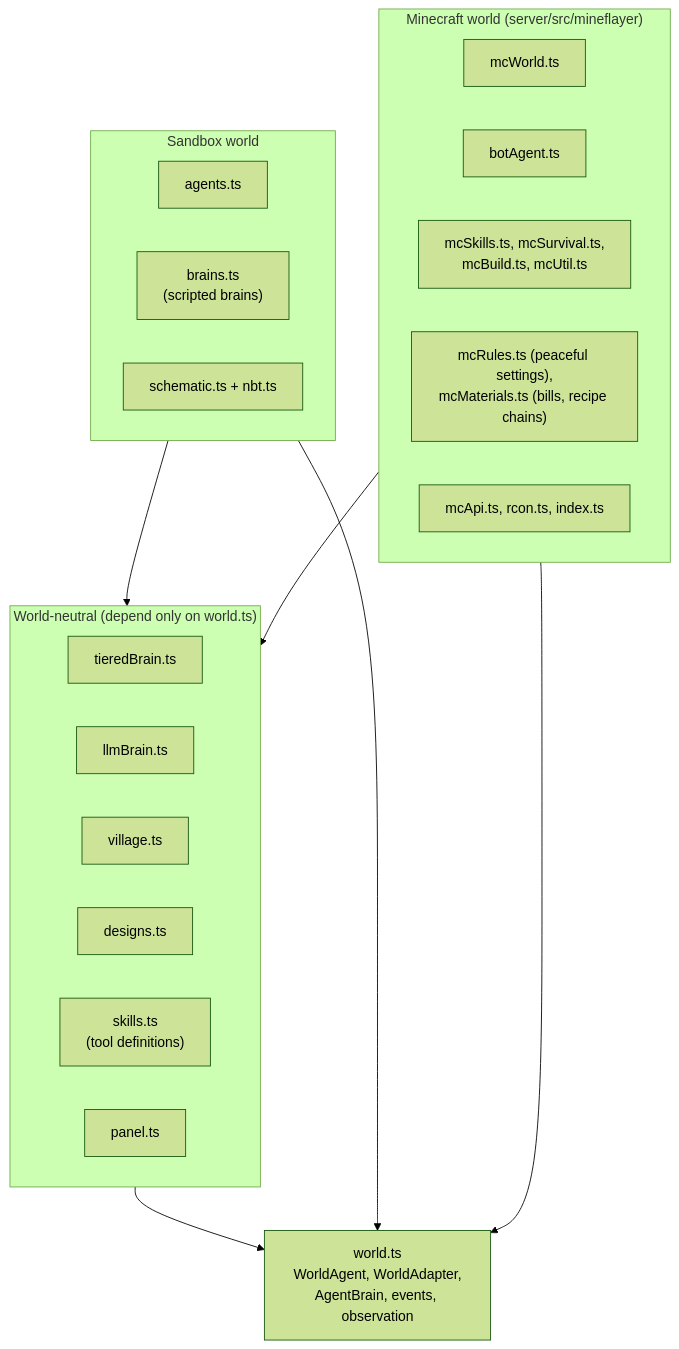
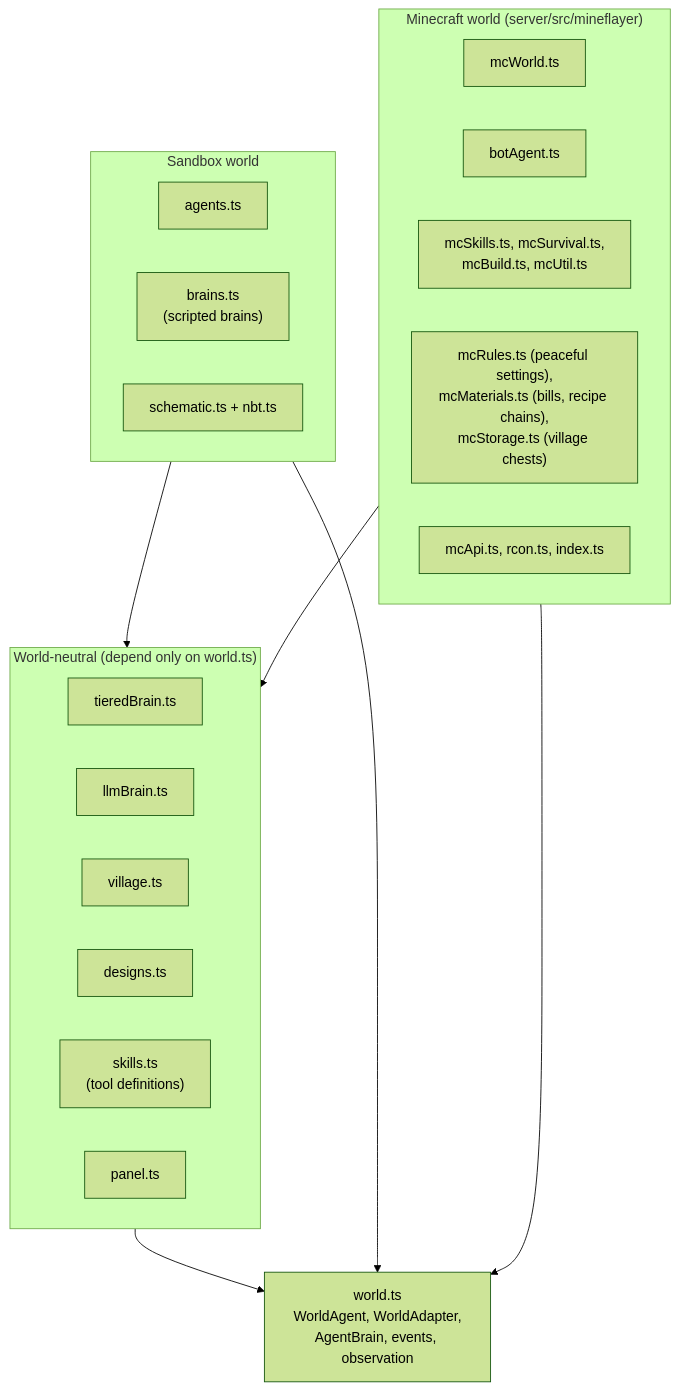
Before and after one commit to delphium226/MCAISandbox: the third of 12 diagrams in docs/ARCHITECTURE.md, drawn with Mermaid (forest theme). The commit also changed 10 other files, not shown here.

First line of the commit message:
Village storage: deposit and withdraw skills, walking fixes

````diff
--- a/docs/ARCHITECTURE.md
+++ b/docs/ARCHITECTURE.md
@@ -132,29 +132,29 @@
 ```mermaid
 flowchart TB
   subgraph neutral["World-neutral (depend only on world.ts)"]
     tiered["tieredBrain.ts"]
     llm["llmBrain.ts"]
     village["village.ts"]
     designs["designs.ts"]
     skills["skills.ts<br/>(tool definitions)"]
     panelts["panel.ts"]
   end
   world["world.ts<br/>WorldAgent, WorldAdapter,<br/>AgentBrain, events, observation"]
   subgraph sandbox["Sandbox world"]
     agents["agents.ts"]
     brains["brains.ts<br/>(scripted brains)"]
     schematic["schematic.ts + nbt.ts"]
   end
   subgraph minecraft["Minecraft world (server/src/mineflayer)"]
     mcworld["mcWorld.ts"]
     bot["botAgent.ts"]
     mcskills["mcSkills.ts, mcSurvival.ts,<br/>mcBuild.ts, mcUtil.ts"]
-    mcecon["mcRules.ts (peaceful settings),<br/>mcMaterials.ts (bills, recipe chains)"]
+    mcecon["mcRules.ts (peaceful settings),<br/>mcMaterials.ts (bills, recipe chains),<br/>mcStorage.ts (village chests)"]
     mcapi["mcApi.ts, rcon.ts, index.ts"]
   end
   neutral --> world
   sandbox --> world
   minecraft --> world
   sandbox --> neutral
   minecraft --> neutral
 ```
````
